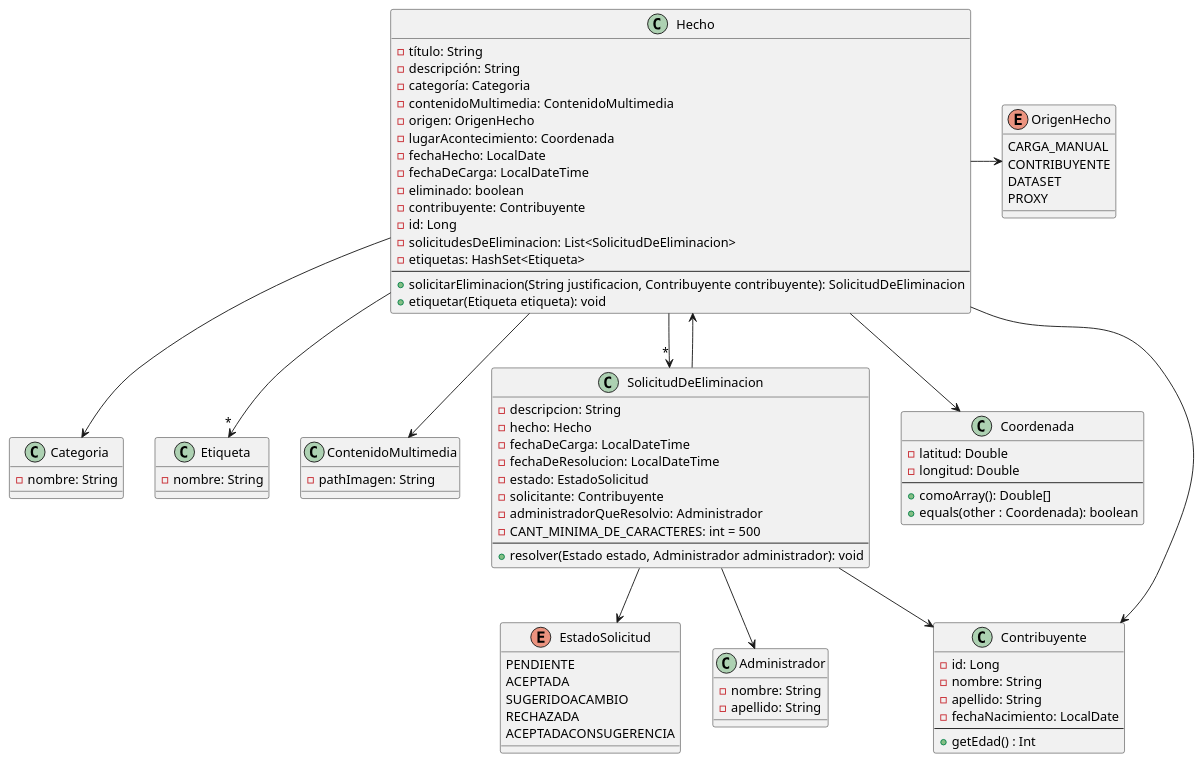
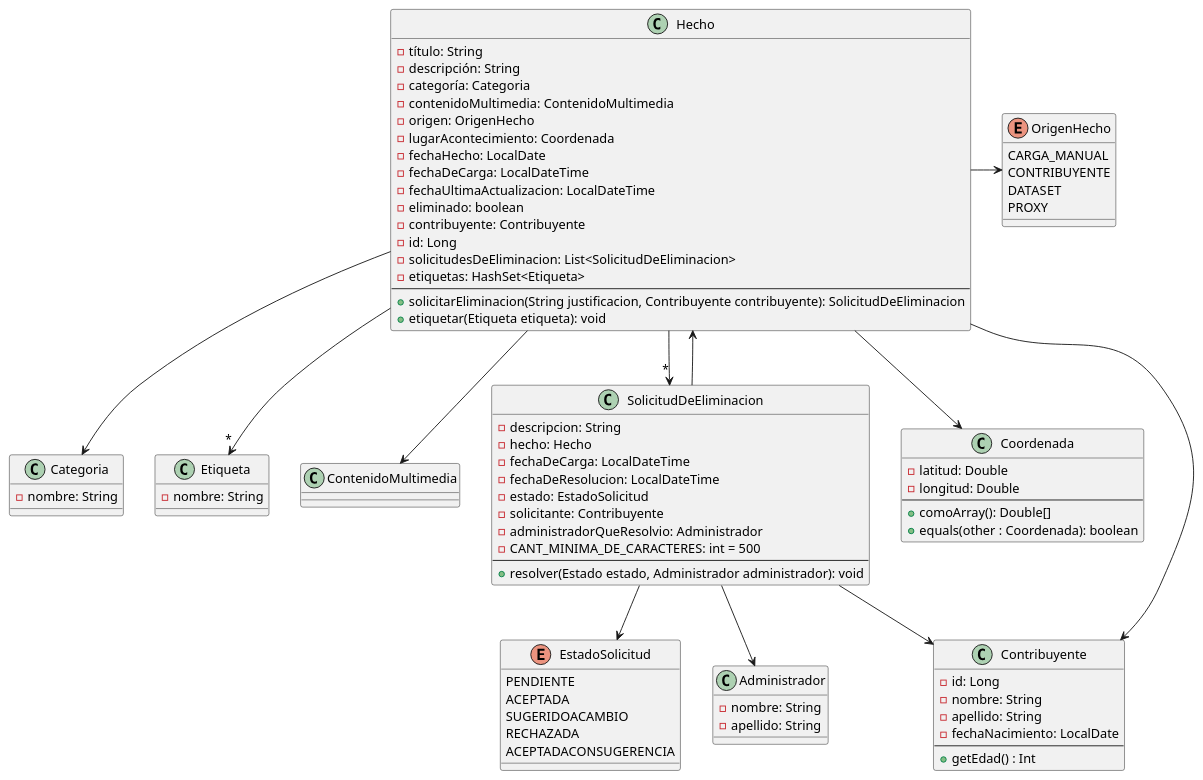
Before and after one commit to faustorod1/MetaMapa: the diagram in fuente-proxy/ddcFuenteProxy.puml, drawn with PlantUML. The commit also changed 33 other files, not shown here.

```diff
--- a/fuente-proxy/ddcFuenteProxy.puml
+++ b/fuente-proxy/ddcFuenteProxy.puml
@@ -1,99 +1,99 @@
 @startuml
 
 class Hecho{
 - título: String
 - descripción: String
 - categoría: Categoria
 - contenidoMultimedia: ContenidoMultimedia
 - origen: OrigenHecho
 - lugarAcontecimiento: Coordenada
 - fechaHecho: LocalDate
 - fechaDeCarga: LocalDateTime
+- fechaUltimaActualizacion: LocalDateTime
 - eliminado: boolean
 - contribuyente: Contribuyente
 - id: Long
 - solicitudesDeEliminacion: List<SolicitudDeEliminacion>
 - etiquetas: HashSet<Etiqueta>
 --
 + solicitarEliminacion(String justificacion, Contribuyente contribuyente): SolicitudDeEliminacion
 + etiquetar(Etiqueta etiqueta): void
 }
 
 enum OrigenHecho{
 CARGA_MANUAL
 CONTRIBUYENTE
 DATASET
 PROXY
 }
 
 class Categoria{
 - nombre: String
 }
 
 class Etiqueta{
 - nombre: String
 }
 
 class ContenidoMultimedia{
-- pathImagen: String
 }
 
 class SolicitudDeEliminacion{
 - descripcion: String
 - hecho: Hecho
 - fechaDeCarga: LocalDateTime
 - fechaDeResolucion: LocalDateTime
 - estado: EstadoSolicitud
 - solicitante: Contribuyente
 - administradorQueResolvio: Administrador
 - CANT_MINIMA_DE_CARACTERES: int = 500
 --
 + resolver(Estado estado, Administrador administrador): void
 }
 
 enum EstadoSolicitud {
     PENDIENTE
     ACEPTADA
     SUGERIDOACAMBIO
     RECHAZADA
     ACEPTADACONSUGERENCIA
 }
 
 
 class Coordenada{
 - latitud: Double
 - longitud: Double
 --
 + comoArray(): Double[]
 + equals(other : Coordenada): boolean
 }
 
 class Administrador{
 - nombre: String
 - apellido: String
 }
 
 class Contribuyente{
 - id: Long
 - nombre: String
 - apellido: String
 - fechaNacimiento: LocalDate
 --
 + getEdad() : Int
 }
 
 
 Hecho --> Categoria
 Hecho --> Coordenada
 Hecho -->"*" SolicitudDeEliminacion
 Hecho --> ContenidoMultimedia
 Hecho -r-> OrigenHecho
 Hecho -->"*" Etiqueta
 Hecho --> Contribuyente
 
 SolicitudDeEliminacion --> Hecho
 SolicitudDeEliminacion -d-> EstadoSolicitud
 SolicitudDeEliminacion --> Contribuyente
 SolicitudDeEliminacion --> Administrador
 
 @enduml
```
